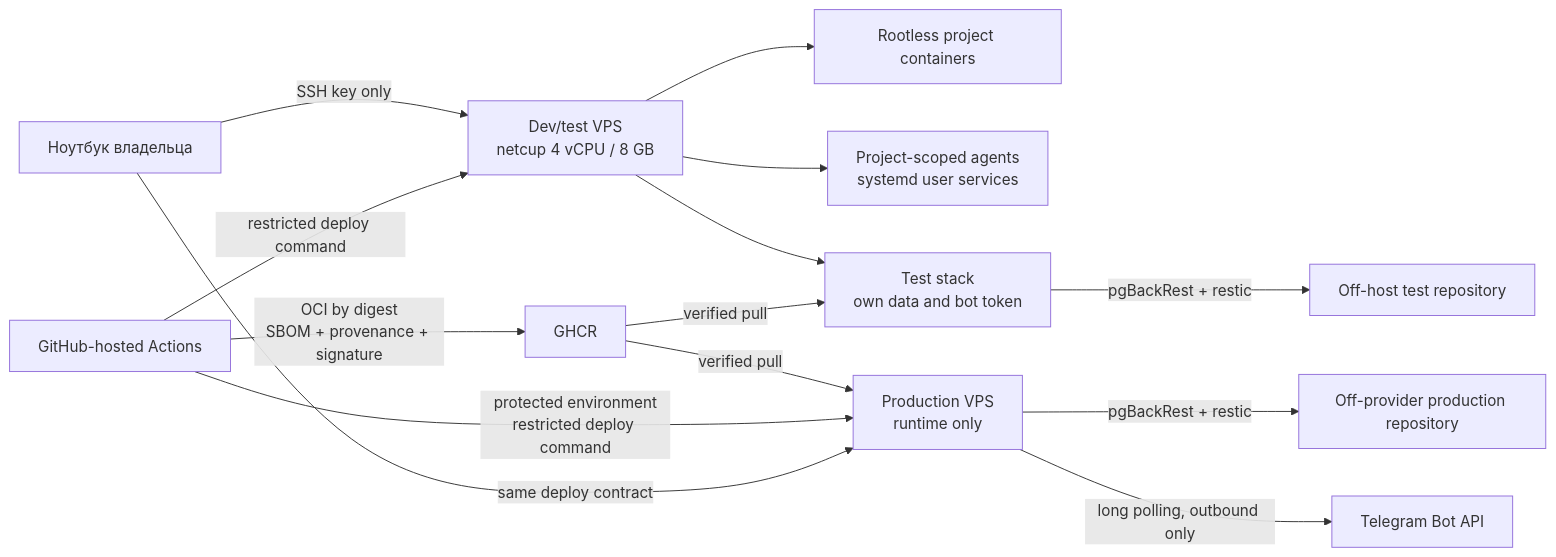
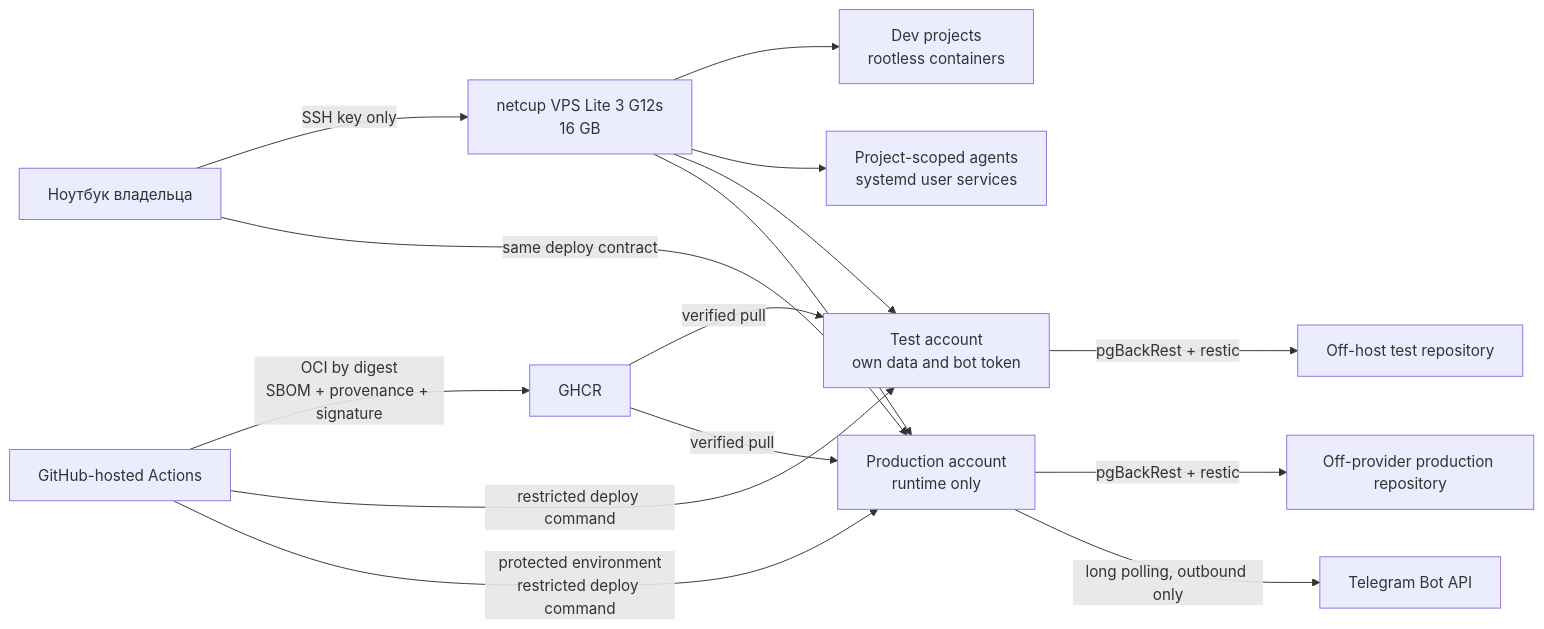
The diagram in docs/rfcs/RFC-007-remote-development-and-self-hosting-platform.md (Solguficky/solguficky-hub), drawn with Mermaid before and after one commit. The commit also changed other lines of this file and 6 other files, not shown here.

````diff
--- a/docs/rfcs/RFC-007-remote-development-and-self-hosting-platform.md
+++ b/docs/rfcs/RFC-007-remote-development-and-self-hosting-platform.md
@@ -156,18 +155,19 @@
 ```mermaid
 flowchart LR
-    Laptop[Ноутбук владельца] -->|SSH key only| Dev[Dev/test VPS<br/>netcup 4 vCPU / 8 GB]
-    Dev --> Projects[Rootless project containers]
-    Dev --> Agents[Project-scoped agents<br/>systemd user services]
-    Dev --> Test[Test stack<br/>own data and bot token]
+    Laptop[Ноутбук владельца] -->|SSH key only| Host[netcup VPS Lite 3 G12s<br/>16 GB]
+    Host --> Dev[Dev projects<br/>rootless containers]
+    Host --> Agents[Project-scoped agents<br/>systemd user services]
+    Host --> Test[Test account<br/>own data and bot token]
+    Host --> Prod[Production account<br/>runtime only]
 
     CI[GitHub-hosted Actions] -->|OCI by digest<br/>SBOM + provenance + signature| Registry[GHCR]
     Registry -->|verified pull| Test
-    Registry -->|verified pull| Prod[Production VPS<br/>runtime only]
-    CI -->|restricted deploy command| Dev
+    Registry -->|verified pull| Prod
+    CI -->|restricted deploy command| Test
     CI -->|protected environment<br/>restricted deploy command| Prod
     Laptop -->|same deploy contract| Prod
 
     Test -->|pgBackRest + restic| TestBackup[Off-host test repository]
     Prod -->|pgBackRest + restic| ProdBackup[Off-provider production repository]
     Prod -->|long polling, outbound only| Telegram[Telegram Bot API]
 ```
````
